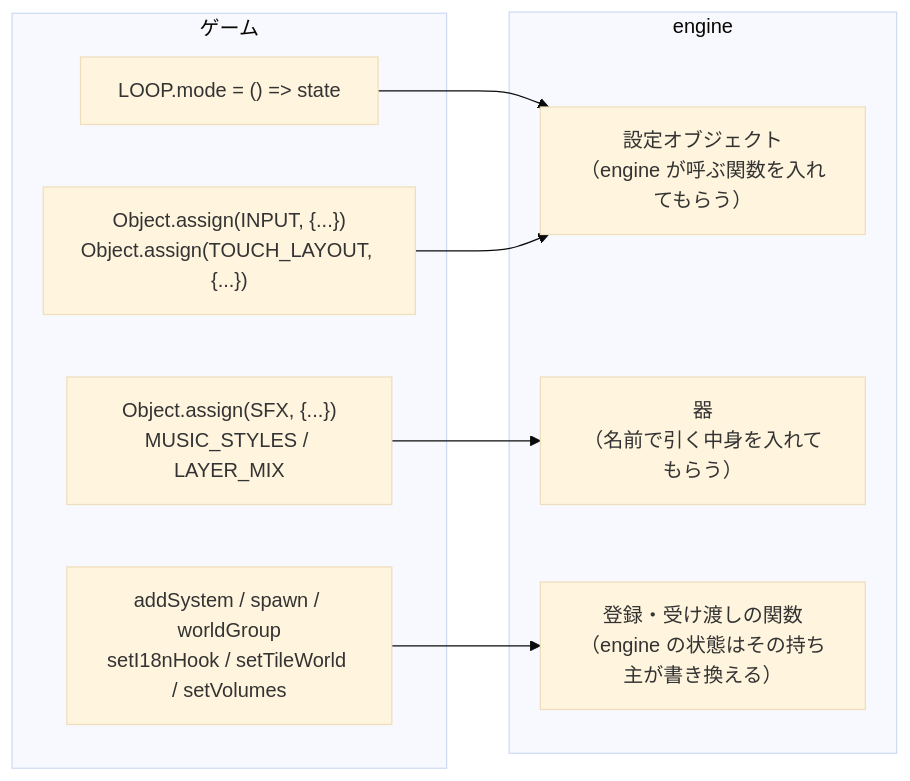
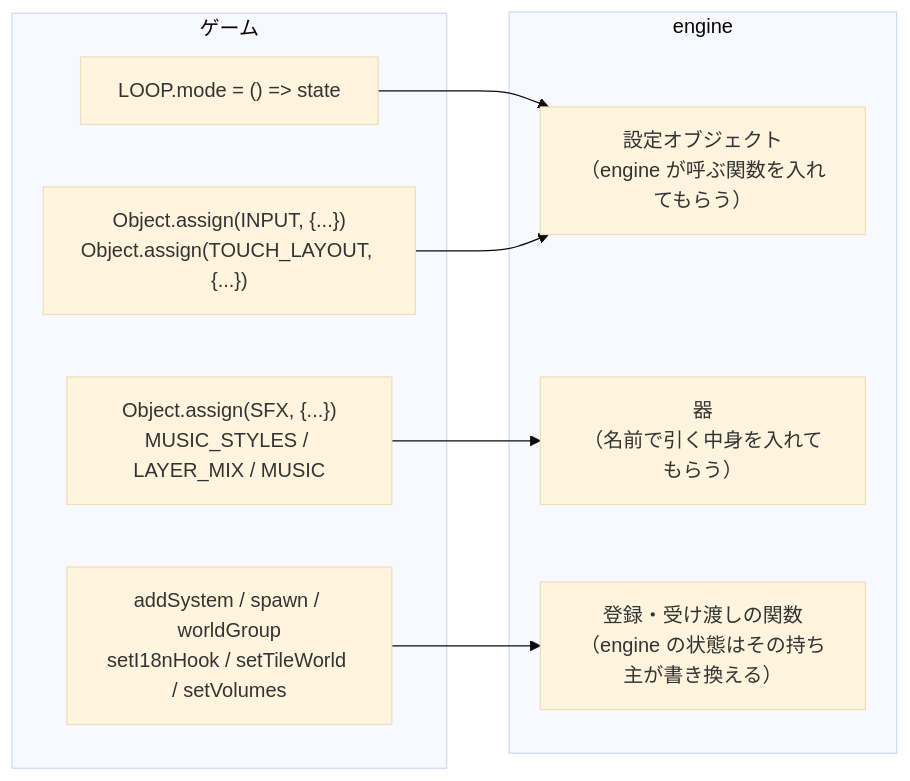
Before and after one commit to beatdjam/mini-games: the fourth of 5 diagrams in engine/ARCHITECTURE.md, drawn with Mermaid (base theme). The commit also changed other lines of this file and 7 other files, not shown here.

````diff
--- a/engine/ARCHITECTURE.md
+++ b/engine/ARCHITECTURE.md
@@ -124,18 +124,18 @@
 ```mermaid
 flowchart LR
   subgraph G["ゲーム"]
     g1["LOOP.mode = () => state"]
     g2["Object.assign(INPUT, {...})<br/>Object.assign(TOUCH_LAYOUT, {...})"]
-    g3["Object.assign(SFX, {...})<br/>MUSIC_STYLES / LAYER_MIX"]
+    g3["Object.assign(SFX, {...})<br/>MUSIC_STYLES / LAYER_MIX / MUSIC"]
     g4["addSystem / spawn / worldGroup<br/>setI18nHook / setTileWorld / setVolumes"]
   end
   subgraph E["engine"]
     e1["設定オブジェクト<br/>（engine が呼ぶ関数を入れてもらう）"]
     e2["器<br/>（名前で引く中身を入れてもらう）"]
     e3["登録・受け渡しの関数<br/>（engine の状態はその持ち主が書き換える）"]
   end
   g1 --> e1
   g2 --> e1
   g3 --> e2
   g4 --> e3
 ```
````
